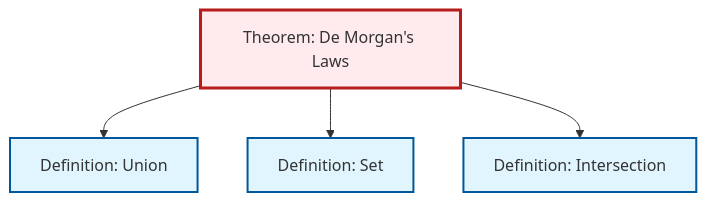
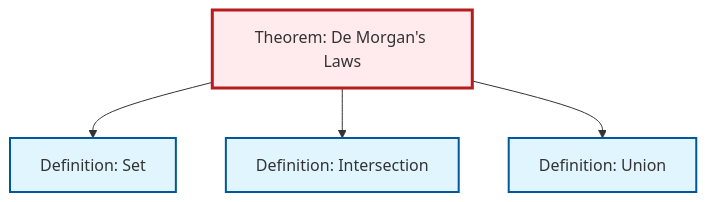
Before and after one commit to RK0429/ModernMath: the diagram in content/ja/logic-set-theory/thm-de-morgan.qmd, drawn with Mermaid. The commit also changed other lines of this file and 615 other files, not shown here.

````diff
--- a/content/ja/logic-set-theory/thm-de-morgan.qmd
+++ b/content/ja/logic-set-theory/thm-de-morgan.qmd
@@ -79,20 +79,20 @@
 ```{mermaid}
 %%| fig-cap: "Local dependency graph"
 graph TD
     classDef definition fill:#e1f5fe,stroke:#01579b,stroke-width:2px
     classDef theorem fill:#f3e5f5,stroke:#4a148c,stroke-width:2px
     classDef axiom fill:#fff3e0,stroke:#e65100,stroke-width:2px
     classDef example fill:#e8f5e9,stroke:#1b5e20,stroke-width:2px
     classDef current fill:#ffebee,stroke:#b71c1c,stroke-width:3px
+    def-intersection["Definition: Intersection"]:::definition
+    def-set["Definition: Set"]:::definition
     thm-de-morgan["Theorem: De Morgan's Laws"]:::theorem
-    def-intersection["Definition: Intersection"]:::definition
     def-union["Definition: Union"]:::definition
-    def-set["Definition: Set"]:::definition
-    thm-de-morgan --> def-union
     thm-de-morgan --> def-set
     thm-de-morgan --> def-intersection
+    thm-de-morgan --> def-union
     class thm-de-morgan current
     click def-intersection "def-intersection.html" "Definition: Intersectionへ"
+    click def-set "def-set.html" "Definition: Setへ"
     click def-union "def-union.html" "Definition: Unionへ"
-    click def-set "def-set.html" "Definition: Setへ"
 ```
````
